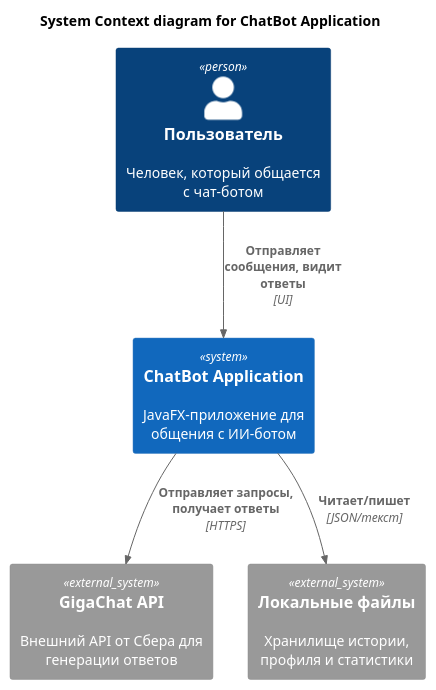
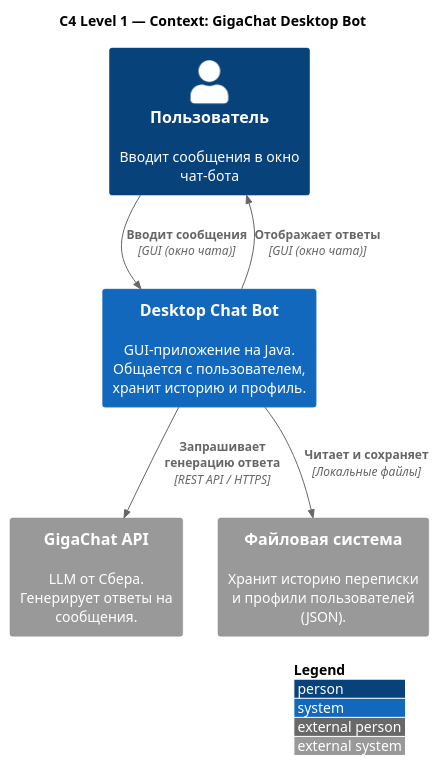
The diagram in new_tasks/2 task/C4/1.puml (Ondosh/CPP-tasks), drawn with PlantUML before and after one commit. The commit also changed 3 other files, not shown here.

```diff
--- a/new_tasks/2 task/C4/1.puml
+++ b/new_tasks/2 task/C4/1.puml
@@ -1,18 +1,22 @@
-@startuml
-!include <C4/C4_Context>
-!include <C4/C4_Container>
+@startuml C4_Context
 
-title System Context diagram for ChatBot Application
+!include https://raw.githubusercontent.com/plantuml-stdlib/C4-PlantUML/master/C4_Context.puml
 
-Person(user, "Пользователь", "Человек, который общается с чат-ботом")
+LAYOUT_WITH_LEGEND()
 
-System(chatbot, "ChatBot Application", "JavaFX-приложение для общения с ИИ-ботом")
+title C4 Level 1 — Context: GigaChat Desktop Bot
 
-System_Ext(gigachat, "GigaChat API", "Внешний API от Сбера для генерации ответов")
-System_Ext(files, "Локальные файлы", "Хранилище истории, профиля и статистики")
+Person(user, "Пользователь", "Вводит сообщения в окно чат-бота")
 
-Rel(user, chatbot, "Отправляет сообщения, видит ответы", "UI")
-Rel(chatbot, gigachat, "Отправляет запросы, получает ответы", "HTTPS")
-Rel(chatbot, files, "Читает/пишет", "JSON/текст")
+System(app, "Desktop Chat Bot", "GUI-приложение на Java.\nОбщается с пользователем,\nхранит историю и профиль.")
+
+System_Ext(gigachat, "GigaChat API", "LLM от Сбера.\nГенерирует ответы на сообщения.")
+
+System_Ext(fs, "Файловая система", "Хранит историю переписки\nи профили пользователей (JSON).")
+
+Rel(user, app, "Вводит сообщения", "GUI (окно чата)")
+Rel(app, user, "Отображает ответы", "GUI (окно чата)")
+Rel(app, gigachat, "Запрашивает генерацию ответа", "REST API / HTTPS")
+Rel(app, fs, "Читает и сохраняет", "Локальные файлы")
 
 @enduml
```
